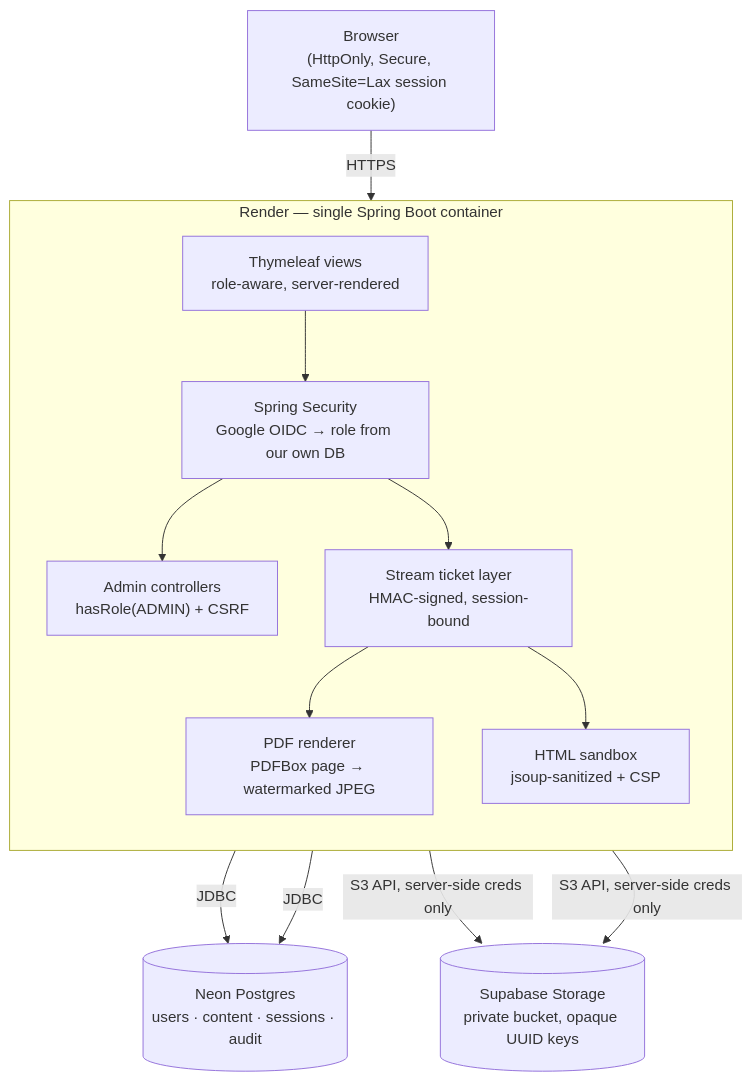
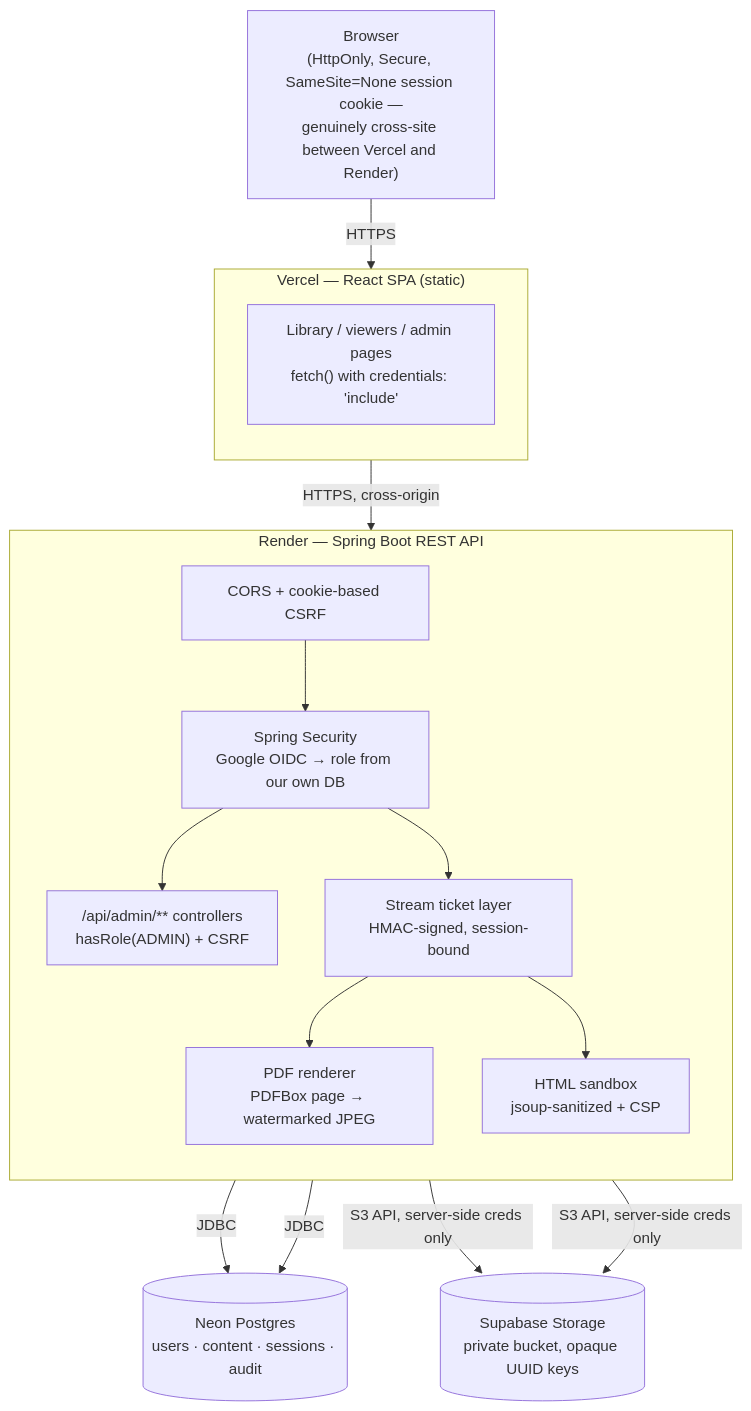
The diagram in README.md (Abishek062006/secure-content-portal), drawn with Mermaid before and after one commit. The commit also changed other lines of this file and 29 other files, not shown here.

First line of the commit message:
chore: remove the Thymeleaf frontend, now that React replaces it

````diff
--- a/README.md
+++ b/README.md
@@ -66,28 +68,34 @@
 ```mermaid
 flowchart TB
-    Browser["Browser<br/>(HttpOnly, Secure, SameSite=Lax session cookie)"]
+    Browser["Browser<br/>(HttpOnly, Secure, SameSite=None session cookie —<br/>genuinely cross-site between Vercel and Render)"]
 
-    subgraph Render["Render — single Spring Boot container"]
+    subgraph Vercel["Vercel — React SPA (static)"]
         direction TB
-        Views["Thymeleaf views<br/>role-aware, server-rendered"]
+        Spa["Library / viewers / admin pages<br/>fetch() with credentials: 'include'"]
+    end
+
+    subgraph Render["Render — Spring Boot REST API"]
+        direction TB
+        Cors["CORS + cookie-based CSRF"]
         Sec["Spring Security<br/>Google OIDC → role from our own DB"]
-        Admin["Admin controllers<br/>hasRole(ADMIN) + CSRF"]
+        Api["/api/admin/** controllers<br/>hasRole(ADMIN) + CSRF"]
         Stream["Stream ticket layer<br/>HMAC-signed, session-bound"]
         Pdf["PDF renderer<br/>PDFBox page → watermarked JPEG"]
         Html["HTML sandbox<br/>jsoup-sanitized + CSP"]
     end
 
     Neon[("Neon Postgres<br/>users · content · sessions · audit")]
     Supabase[("Supabase Storage<br/>private bucket, opaque UUID keys")]
 
-    Browser -->|HTTPS| Views
-    Views --> Sec
-    Sec --> Admin
+    Browser -->|HTTPS| Spa
+    Spa -->|HTTPS, cross-origin| Cors
+    Cors --> Sec
+    Sec --> Api
     Sec --> Stream
     Stream --> Pdf
     Stream --> Html
-    Admin -->|JDBC| Neon
+    Api -->|JDBC| Neon
     Stream -->|JDBC| Neon
-    Admin -->|S3 API, server-side creds only| Supabase
+    Api -->|S3 API, server-side creds only| Supabase
     Stream -->|S3 API, server-side creds only| Supabase
 ```
````
